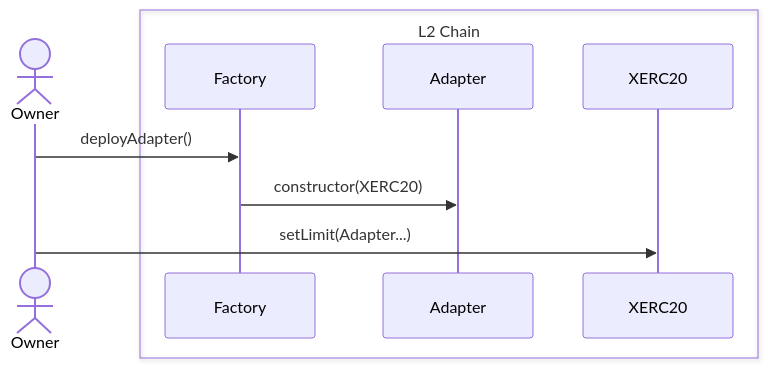
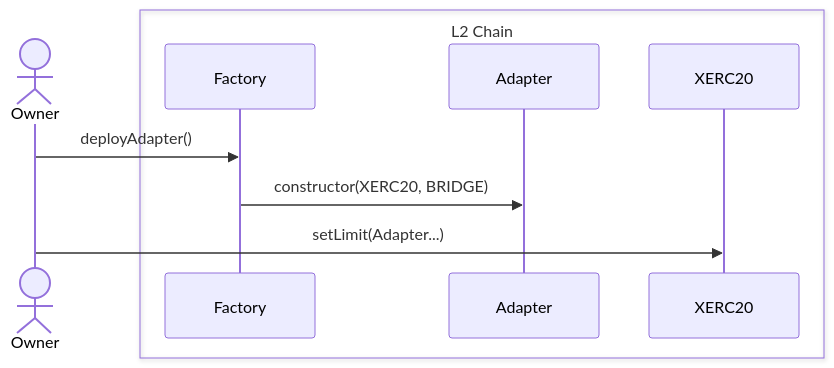
The fourth of 6 diagrams in specs/interop/token-bridging.md (defi-wonderland/specs), drawn with Mermaid before and after one commit. The commit also changed other lines of this file, not shown here.

Commit message:
chore: add bridge to adapter constructor.

````diff
--- a/specs/interop/token-bridging.md
+++ b/specs/interop/token-bridging.md
@@ -372,14 +373,14 @@
 ```mermaid
 sequenceDiagram
-  actor A0 as Owner
-  box L2 Chain
-	  participant P1 as Factory
-    participant P2 as Adapter
-    participant P3 as XERC20
-  end
+	actor A0 as Owner
+	box L2 Chain
+		participant P1 as Factory
+		participant P2 as Adapter
+		participant P3 as XERC20
+	end
 
 	A0 ->> P1: deployAdapter()
-	P1 ->> P2: constructor(XERC20)
-  A0 ->> P3: setLimit(Adapter...)
+	P1 ->> P2: constructor(XERC20, BRIDGE)
+	A0 ->> P3: setLimit(Adapter...)
 
 ```
````
